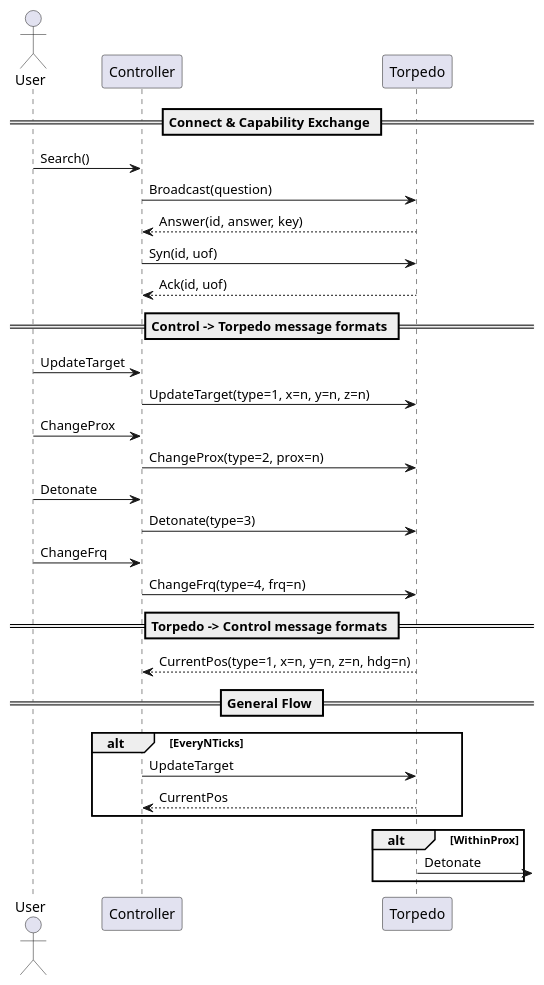
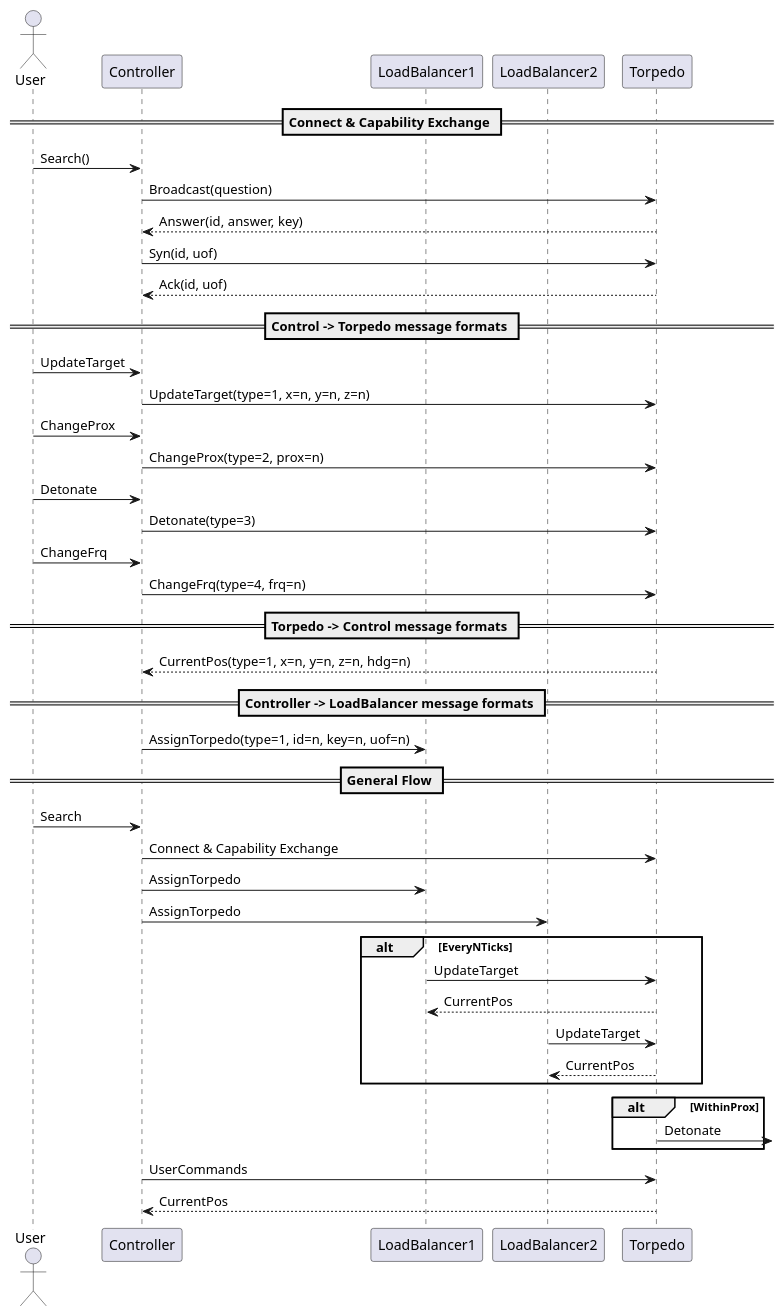
Before and after one commit to Joey574/PlantUML: the diagram in SWTorpedoDesign/PackageLayout.puml, drawn with PlantUML.

Commit message:
small changes

```diff
--- a/SWTorpedoDesign/PackageLayout.puml
+++ b/SWTorpedoDesign/PackageLayout.puml
@@ -1,42 +1,62 @@
 @startuml PackageLayout
 
 actor User
 participant Controller
+participant LoadBalancer1
+participant LoadBalancer2
 participant Torpedo
+
 
 == Connect & Capability Exchange ==
 User -> Controller : Search()
 Controller -> Torpedo : Broadcast(question)
 Torpedo --> Controller : Answer(id, answer, key)
 Controller -> Torpedo : Syn(id, uof)
 Torpedo --> Controller : Ack(id, uof)
+
 
 == Control -> Torpedo message formats ==
 User -> Controller : UpdateTarget
 Controller -> Torpedo : UpdateTarget(type=1, x=n, y=n, z=n)
 
 User -> Controller : ChangeProx
 Controller -> Torpedo : ChangeProx(type=2, prox=n)
 
 User -> Controller : Detonate
 Controller -> Torpedo : Detonate(type=3)
 
 User -> Controller : ChangeFrq
 Controller -> Torpedo : ChangeFrq(type=4, frq=n)
 
 
 == Torpedo -> Control message formats ==
 Torpedo --> Controller : CurrentPos(type=1, x=n, y=n, z=n, hdg=n)
 
 
+== Controller -> LoadBalancer message formats ==
+Controller -> LoadBalancer1 : AssignTorpedo(type=1, id=n, key=n, uof=n)
+
+
 == General Flow ==
+User -> Controller : Search
+Controller -> Torpedo : Connect & Capability Exchange
+
+Controller -> LoadBalancer1 : AssignTorpedo
+Controller -> LoadBalancer2 : AssignTorpedo
+
 alt EveryNTicks
-    Controller -> Torpedo : UpdateTarget
-    Torpedo --> Controller : CurrentPos
+    LoadBalancer1 -> Torpedo : UpdateTarget
+    Torpedo --> LoadBalancer1 : CurrentPos
+
+    LoadBalancer2 -> Torpedo : UpdateTarget
+    Torpedo --> LoadBalancer2 : CurrentPos
 end
 
 alt WithinProx
         Torpedo -> : Detonate
 end
 
+Controller -> Torpedo : UserCommands
+Torpedo --> Controller : CurrentPos
+
 @enduml
```
